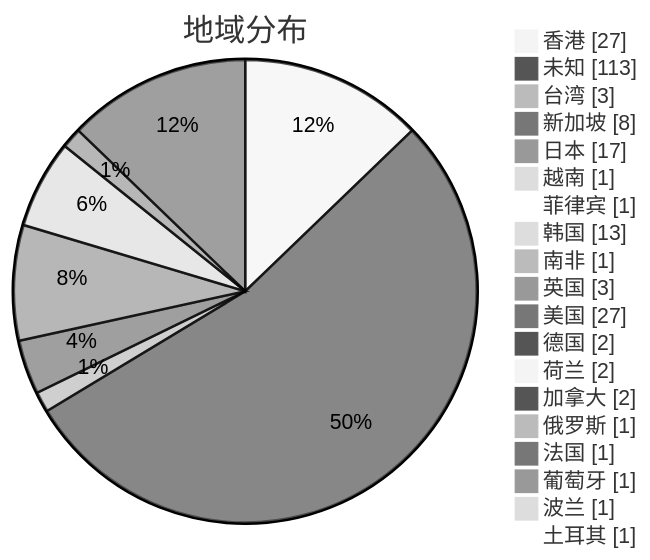
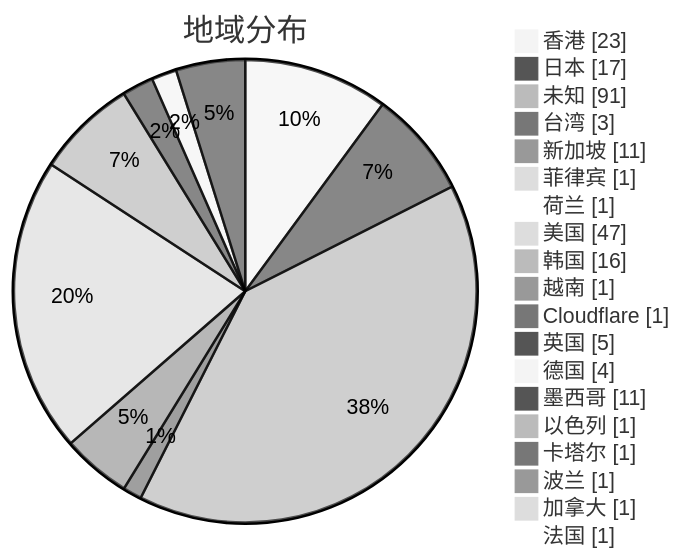
Before and after one commit to qjlxg/airport: the second of 3 diagrams in subs/statistics/tested_within.md, drawn with Mermaid (neutral theme). The commit also changed other lines of this file and 2 other files, not shown here.

Commit message:
Tested by metaST

````diff
--- a/subs/statistics/tested_within.md
+++ b/subs/statistics/tested_within.md
@@ -11,23 +12,23 @@
 ```mermaid
 pie showData
 title 地域分布
-"香港" : 27
-"未知" : 113
+"香港" : 23
+"日本" : 17
+"未知" : 91
 "台湾" : 3
-"新加坡" : 8
-"日本" : 17
+"新加坡" : 11
+"菲律宾" : 1
+"荷兰" : 1
+"美国" : 47
+"韩国" : 16
 "越南" : 1
-"菲律宾" : 1
-"韩国" : 13
-"南非" : 1
-"英国" : 3
-"美国" : 27
-"德国" : 2
-"荷兰" : 2
-"加拿大" : 2
-"俄罗斯" : 1
+"Cloudflare" : 1
+"英国" : 5
+"德国" : 4
+"墨西哥" : 11
+"以色列" : 1
+"卡塔尔" : 1
+"波兰" : 1
+"加拿大" : 1
 "法国" : 1
-"葡萄牙" : 1
-"波兰" : 1
-"土耳其" : 1
 ```
````
